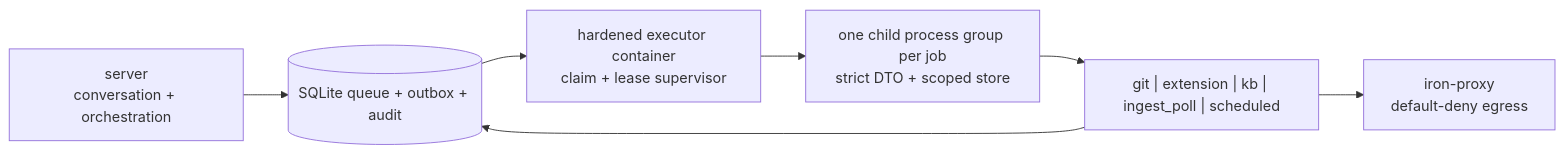
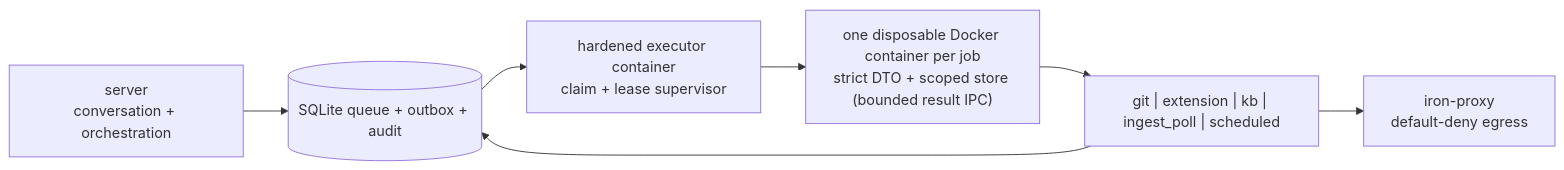
One commit to serrrfirat/bottega changed diagram 14 of 15 in architecture.md. Above: the diagram before and after it, drawn with Mermaid. The commit also changed other lines of this file and 6 other files, not shown here.

````diff
--- a/architecture.md
+++ b/architecture.md
@@ -924,13 +924,13 @@
 ```mermaid
 flowchart LR
     SL["server<br/>conversation + orchestration"]
     Q[("SQLite queue + outbox + audit")]
     EX["hardened executor container<br/>claim + lease supervisor"]
-    CH["one child process group per job<br/>strict DTO + scoped store"]
+    CH["one disposable Docker container per job<br/>strict DTO + scoped store (bounded result IPC)"]
     WORK["git | extension | kb | ingest_poll | scheduled"]
     PXY["iron-proxy<br/>default-deny egress"]
     SL --> Q --> EX
     EX --> CH --> WORK
     WORK --> Q
     WORK --> PXY
 ```
````
